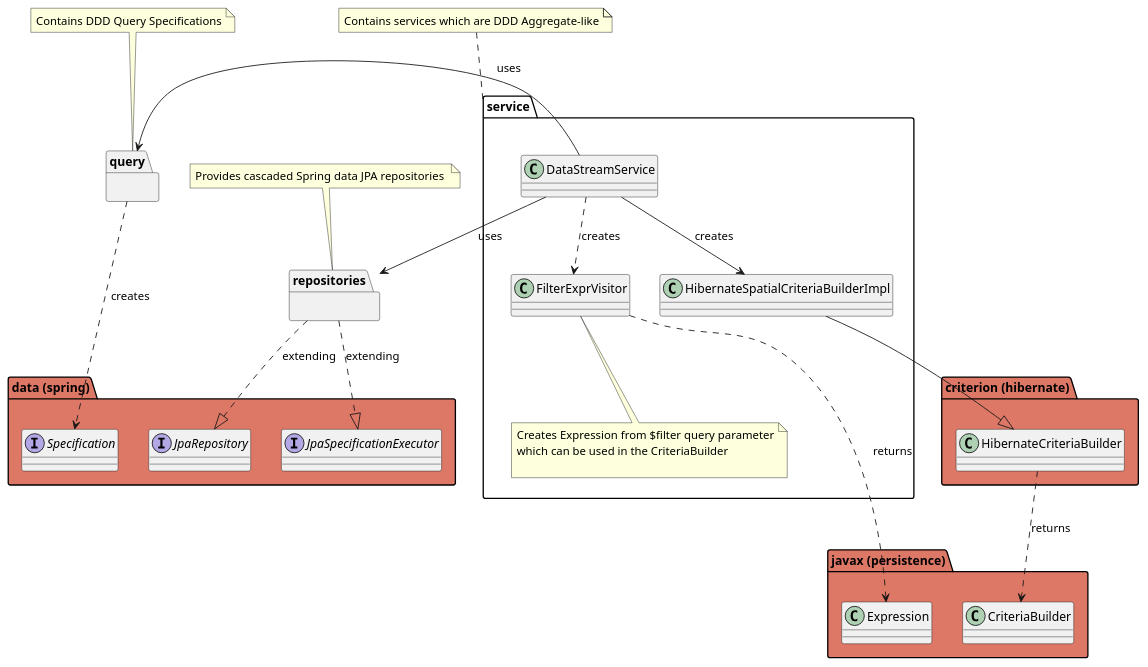
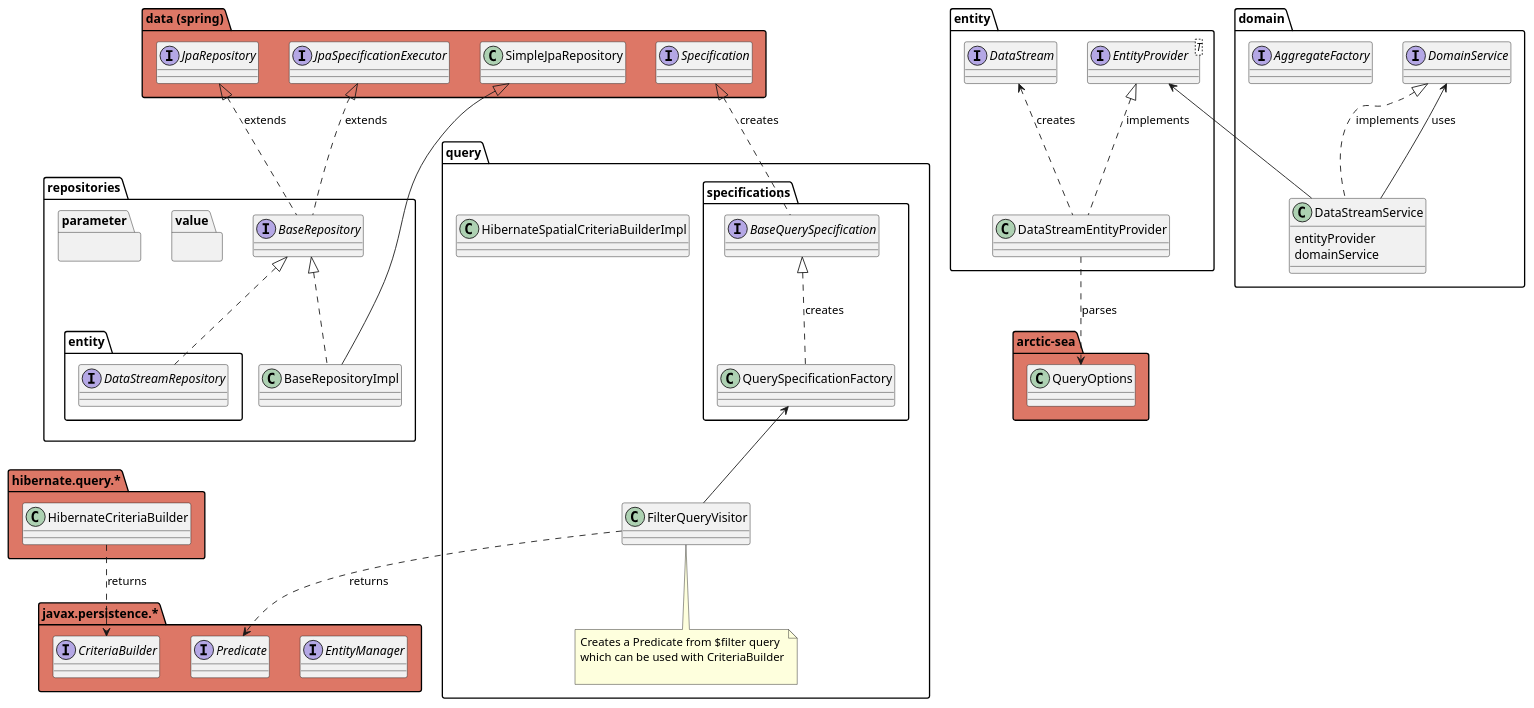
The diagram in docs/diagrams/dao-packages.puml (52North/sensorweb-server-sta), drawn with PlantUML before and after one commit. The commit also changed 393 other files, not shown here.

```diff
--- a/docs/diagrams/dao-packages.puml
+++ b/docs/diagrams/dao-packages.puml
@@ -1,54 +1,94 @@
 @startuml 52n SensorThings API, DAO Packages
 
-package "javax (persistence)" as javax_persistence #dd7766 {
-    class "CriteriaBuilder" as criterion_builder
-    class "Expression" as expression
+package "javax.persistence.*" as javax_persistence #dd7766 {
+    interface "EntityManager" as em
+    interface "CriteriaBuilder" as criteria_builder
+    interface "Predicate" as predicate
 }
 
-package "criterion (hibernate)" as hibernate_criterion #dd7766 {
-    class "HibernateCriteriaBuilder" as hibernate_criterion_builder
+package "hibernate.query.*" as hibernate_criterion #dd7766 {
+    class "HibernateCriteriaBuilder" as hibernate_criteria_builder
 }
 
 package "data (spring)" as spring_data #dd7766 {
+    class "SimpleJpaRepository" as simple_jpa_repo
     interface "JpaRepository" as jpa_repo
-    interface "Specification" as specifications
+    interface "Specification" as spring_spec
     interface "JpaSpecificationExecutor" as spec_executor
+
 }
 
-package query {}
-note top of query {
-    Contains DDD Query Specifications
+package "arctic-sea" as pkg_arcticsea #dd7766 {
+    class "QueryOptions" as query_options
 }
 
-package repositories as repos {}
-note top of repos {
-    Provides cascaded Spring data JPA repositories 
-}
-package service as services {
-    class "DataStreamService" as ds_service
-    class "FilterExprVisitor" as visitor
-    class "HibernateSpatialCriteriaBuilderImpl" as spatial_criterion_builder
+package query as pkg_query{
+    package specifications as specs {
+        class "QuerySpecificationFactory" as spec_factory
+        interface "BaseQuerySpecification" as base_spec
+
+    }
+    class "HibernateSpatialCriteriaBuilderImpl" as spatial_criteria_builder
+    class "FilterQueryVisitor" as visitor
     note bottom of visitor {
-        Creates Expression from $filter query parameter
-        which can be used in the CriteriaBuilder
+        Creates a Predicate from $filter query
+        which can be used with CriteriaBuilder
         
     }
 }
-note top of services {
-    Contains services which are DDD Aggregate-like
+
+package repositories as pkg_repos_base {
+    interface "BaseRepository" as base_repo
+    class "BaseRepositoryImpl" as base_repo_impl
+    
+    package "value" as pkg_repos_values {}
+    package "parameter" as pkg_repos_params {}
+    package "entity" as pkg_repos_entity {
+        interface "DataStreamRepository" as datastream_repo 
+    }
 }
 
+package entity as entity {
+    interface "DataStream" as ds_entity
+    interface "EntityProvider" as entity_provider <T>
+    class "DataStreamEntityProvider" as ds_provider
+}
 
-ds_service ..> visitor : creates
-repos ..|> jpa_repo : extending
-repos ..|> spec_executor : extending
-ds_service -d-> repos : uses
-ds_service -r-> query : uses
-ds_service --> spatial_criterion_builder : creates
-spatial_criterion_builder --|> hibernate_criterion_builder
-query ..> specifications : creates
+package domain as domain {
+    interface "DomainService" as domain_service
+    interface "AggregateFactory" as aggregate_factory
+    class "DataStreamService" as ds_service {
+        entityProvider
+        domainService
+    }
+    
+}
 
-hibernate_criterion_builder ..> criterion_builder : returns
-visitor ..> expression : returns
+domain_service <|.. ds_service : implements
+domain_service <-- ds_service : uses
+entity_provider <-- ds_service
+
+spring_spec <|.. base_spec : creates
+simple_jpa_repo <|-- base_repo_impl
+base_repo <|.. base_repo_impl
+base_repo <|.. datastream_repo
+
+base_spec <|.. spec_factory : creates
+spec_factory <-- visitor
+
+ds_entity <.. ds_provider  : creates
+entity_provider <|.. ds_provider : implements
+ds_provider ..> query_options : parses
+jpa_repo <|.. base_repo : extends
+spec_executor <|.. base_repo: extends
+
+'ds_provider --> repos : uses
+'ds_provider --> query : uses
+'query ..> specifications : creates
+'ds_provider --> spatial_criteria_builder : creates
+'spatial_criteria_builder --|> hibernate_criteria_builder
+
+hibernate_criteria_builder ..> criteria_builder : returns
+visitor ..> predicate : returns
 
 @enduml
```
